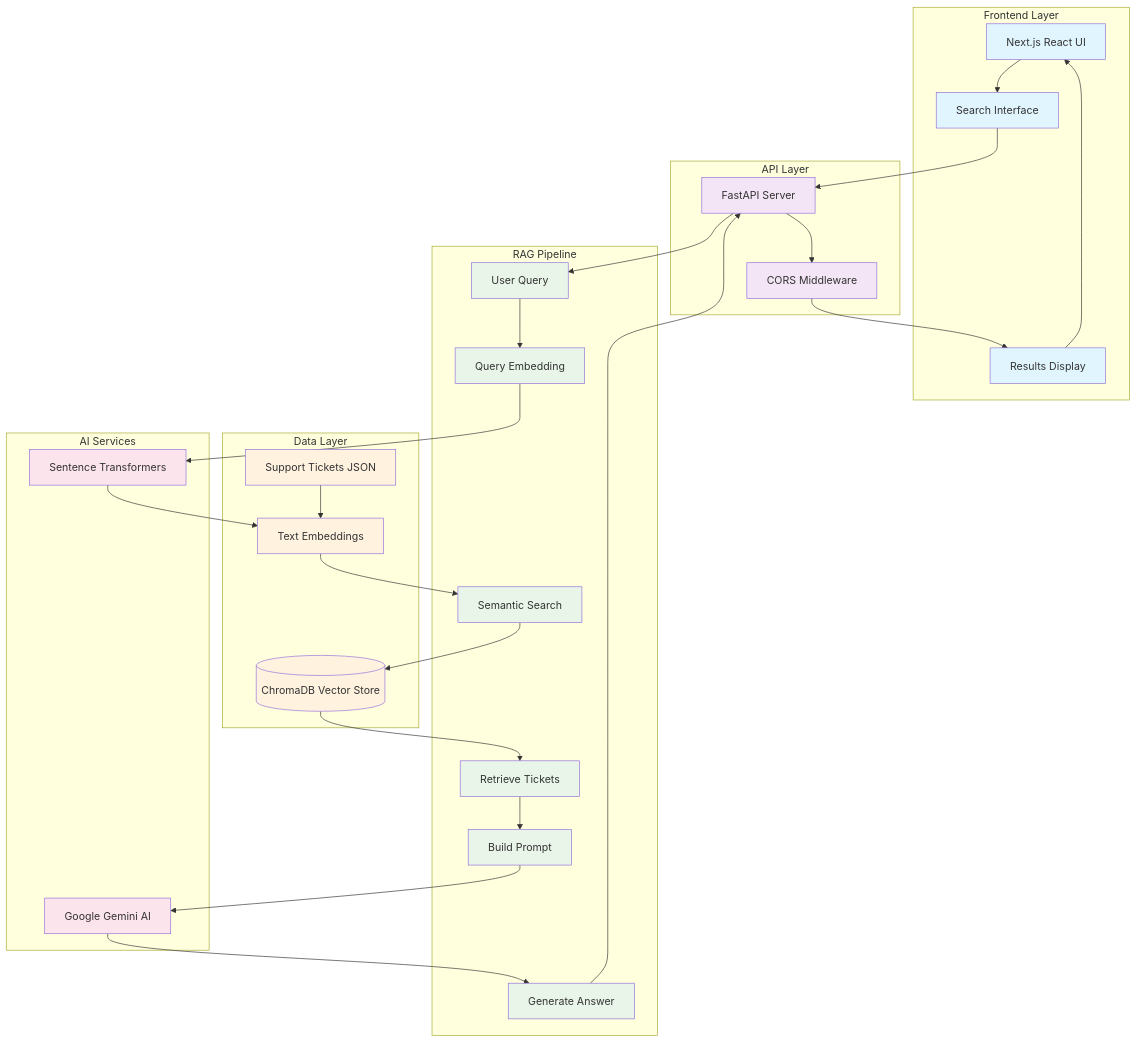
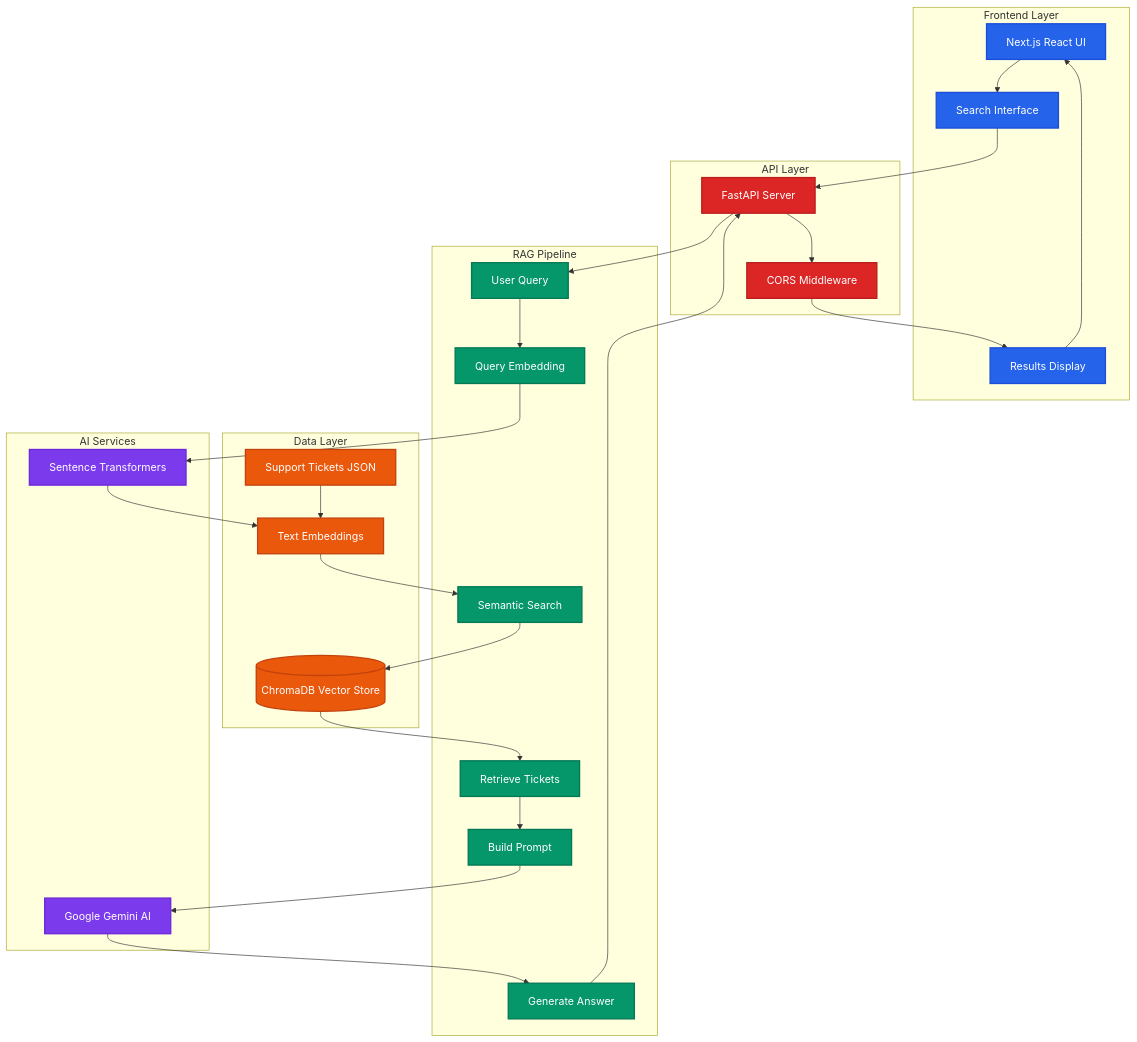
Before and after one commit to Mrnidhi/Customer-Support-assistant: the diagram in README.md, drawn with Mermaid. The commit also changed 1 other file, not shown here.

Commit message:
Improve Mermaid diagram colors and visibility with better contrast

````diff
--- a/README.md
+++ b/README.md
@@ -22,67 +22,67 @@
 ```mermaid
 graph TB
     subgraph "Frontend Layer"
         UI[Next.js React UI]
         Search[Search Interface]
         Results[Results Display]
     end
     
     subgraph "API Layer"
         API[FastAPI Server]
         CORS[CORS Middleware]
     end
     
     subgraph "RAG Pipeline"
         Query[User Query]
         Embed[Query Embedding]
         SearchDB[Semantic Search]
         Retrieve[Retrieve Tickets]
         Prompt[Build Prompt]
         Generate[Generate Answer]
     end
     
     subgraph "Data Layer"
         Tickets[Support Tickets JSON]
         ChromaDB[(ChromaDB Vector Store)]
         Embeddings[Text Embeddings]
     end
     
     subgraph "AI Services"
         ST[Sentence Transformers]
         Gemini[Google Gemini AI]
     end
     
     UI --> Search
     Search --> API
     API --> Query
     
     Query --> Embed
     Embed --> ST
     ST --> Embeddings
     Embeddings --> SearchDB
     SearchDB --> ChromaDB
     
     ChromaDB --> Retrieve
     Retrieve --> Prompt
     Prompt --> Gemini
     Gemini --> Generate
     Generate --> API
     
     API --> CORS
     CORS --> Results
     Results --> UI
     
     Tickets --> Embeddings
     
-    classDef frontend fill:#e1f5fe
-    classDef api fill:#f3e5f5
-    classDef rag fill:#e8f5e8
-    classDef data fill:#fff3e0
-    classDef ai fill:#fce4ec
+    classDef frontend fill:#2563eb,stroke:#1d4ed8,stroke-width:2px,color:#ffffff
+    classDef api fill:#dc2626,stroke:#b91c1c,stroke-width:2px,color:#ffffff
+    classDef rag fill:#059669,stroke:#047857,stroke-width:2px,color:#ffffff
+    classDef data fill:#ea580c,stroke:#c2410c,stroke-width:2px,color:#ffffff
+    classDef ai fill:#7c3aed,stroke:#6d28d9,stroke-width:2px,color:#ffffff
     
     class UI,Search,Results frontend
     class API,CORS api
     class Query,Embed,SearchDB,Retrieve,Prompt,Generate rag
     class Tickets,ChromaDB,Embeddings data
     class ST,Gemini ai
 ```
````
